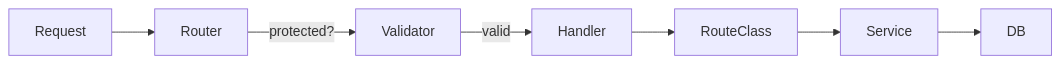
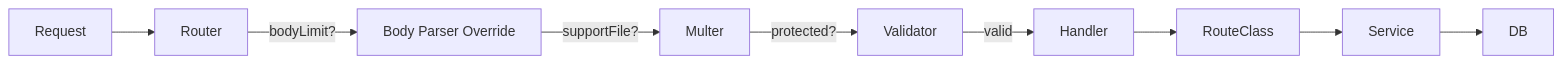
One commit to link-loom/loom-sdk changed the diagram in docs/adapters/http.md. Above: the diagram before and after it, drawn with Mermaid. The commit also changed other lines of this file and 4 other files, not shown here.

````diff
--- a/docs/adapters/http.md
+++ b/docs/adapters/http.md
@@ -108,9 +109,11 @@
 ```mermaid
 graph LR
     Req[Request] --> Router
-    Router -->|protected?| Validator
+    Router -->|bodyLimit?| BodyParser[Body Parser Override]
+    BodyParser -->|supportFile?| Multer
+    Multer -->|protected?| Validator
     Validator -->|valid| Handler
     Handler --> RouteClass
     RouteClass --> Service
     Service --> DB
 ```
````
